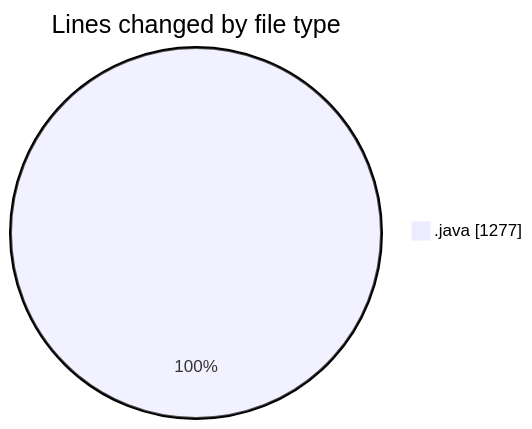
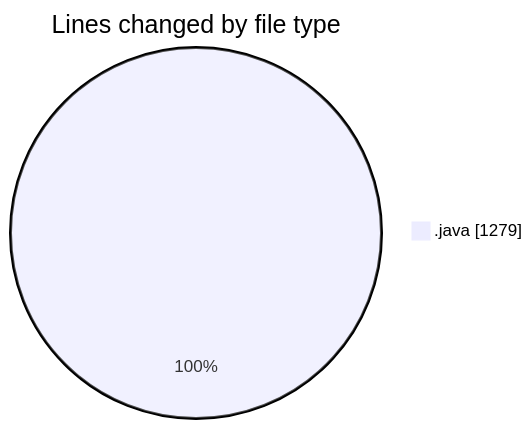
Before and after one commit to ricardozamudiocil/code-tracking: the first of 2 diagrams in 2026-04-17/cilapp/README.md, drawn with Mermaid. The commit also changed other lines of this file and 1 other file, not shown here.

````diff
--- a/2026-04-17/cilapp/README.md
+++ b/2026-04-17/cilapp/README.md
@@ -20,5 +20,5 @@
 ```mermaid
 pie showData
 title Lines changed by file type
-".java" : 1277
+".java" : 1279
 ```
````
